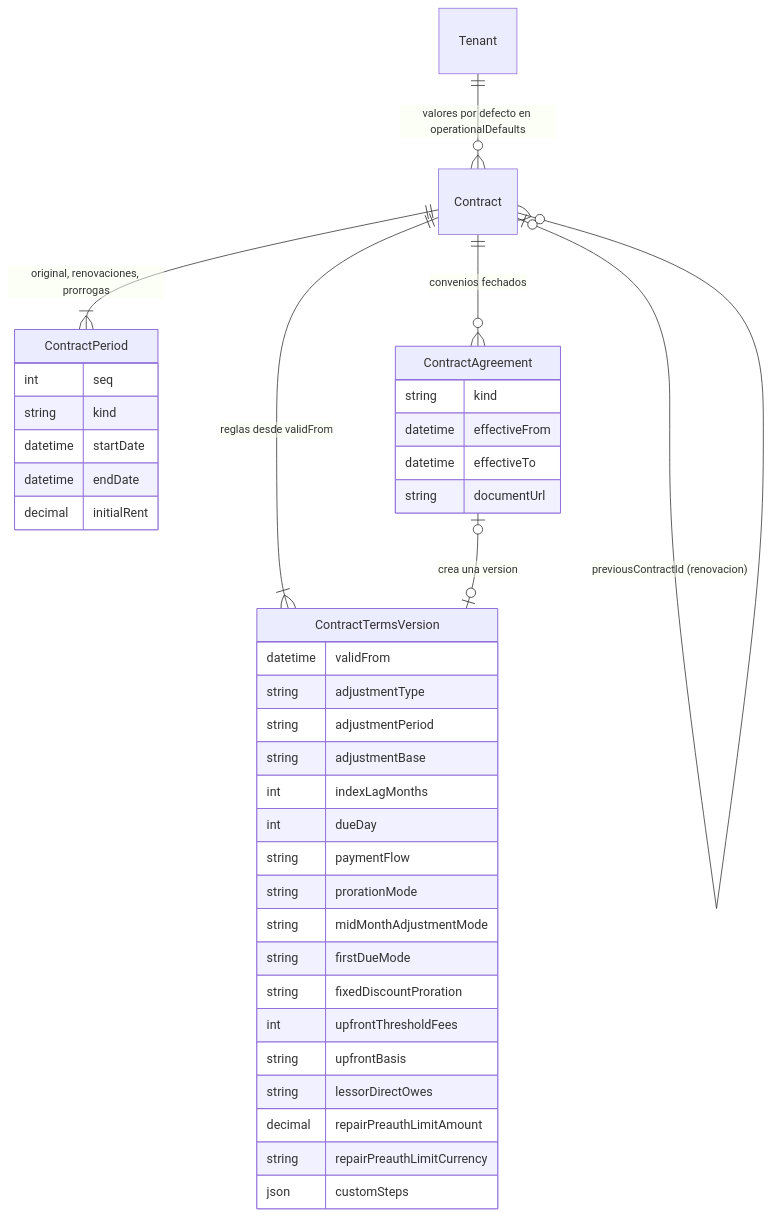
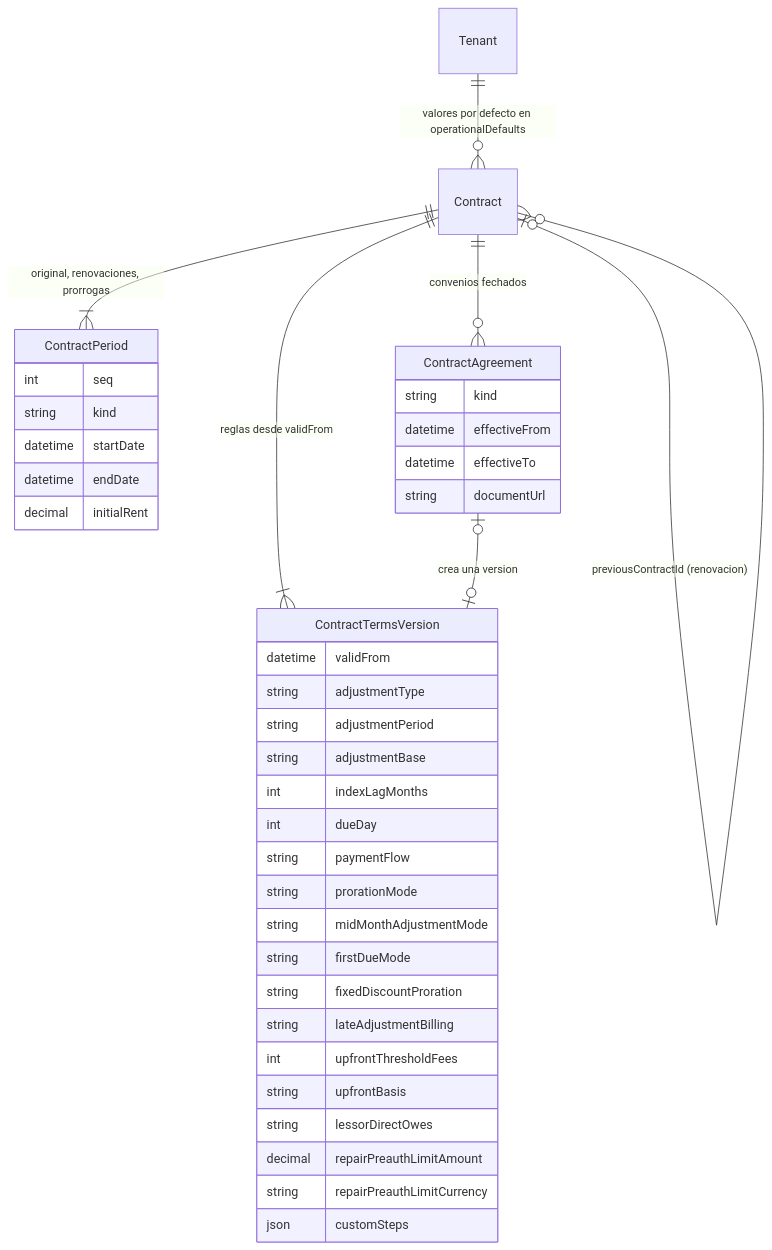
One commit to RomeV16/Proyecto-Final---Realfy changed the second of 8 diagrams in docs/tesis/03-modelo-datos.md. Above: the diagram before and after it, drawn with Mermaid. The commit also changed other lines of this file and 6 other files, not shown here.

````diff
--- a/docs/tesis/03-modelo-datos.md
+++ b/docs/tesis/03-modelo-datos.md
@@ -235,41 +235,42 @@
 ```mermaid
 erDiagram
     Tenant ||--o{ Contract : "valores por defecto en operationalDefaults"
     Contract ||--|{ ContractPeriod : "original, renovaciones, prorrogas"
     Contract ||--|{ ContractTermsVersion : "reglas desde validFrom"
     Contract ||--o{ ContractAgreement : "convenios fechados"
     ContractAgreement |o--o| ContractTermsVersion : "crea una version"
     Contract |o--o{ Contract : "previousContractId (renovacion)"
     ContractPeriod {
         int seq
         string kind
         datetime startDate
         datetime endDate
         decimal initialRent
     }
     ContractAgreement {
         string kind
         datetime effectiveFrom
         datetime effectiveTo
         string documentUrl
     }
     ContractTermsVersion {
         datetime validFrom
         string adjustmentType
         string adjustmentPeriod
         string adjustmentBase
         int indexLagMonths
         int dueDay
         string paymentFlow
         string prorationMode
         string midMonthAdjustmentMode
         string firstDueMode
         string fixedDiscountProration
+        string lateAdjustmentBilling
         int upfrontThresholdFees
         string upfrontBasis
         string lessorDirectOwes
         decimal repairPreauthLimitAmount
         string repairPreauthLimitCurrency
         json customSteps
     }
 ```
````
